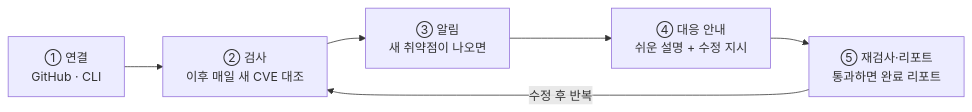
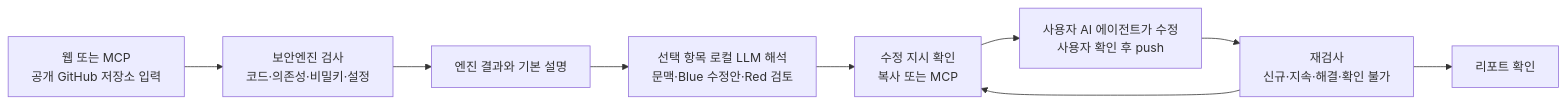
One commit to maebsy/YMCA-hackathon-2026 changed the first of 2 diagrams in docs/system-flow.md. Above: the diagram before and after it, drawn with Mermaid. The commit also changed other lines of this file and 16 other files, not shown here.

````diff
--- a/docs/system-flow.md
+++ b/docs/system-flow.md
@@ -9,8 +7,11 @@
 ```mermaid
 flowchart LR
-    A["① 연결<br/>GitHub · CLI"] --> B["② 검사<br/>이후 매일 새 CVE 대조"]
-    B --> C["③ 알림<br/>새 취약점이 나오면"]
-    C --> D["④ 대응 안내<br/>쉬운 설명 + 수정 지시"]
-    D --> E["⑤ 재검사·리포트<br/>통과하면 완료 리포트"]
-    E -- 수정 후 반복 --> B
+    INPUT["웹 또는 MCP<br/>공개 GitHub 저장소 입력"] --> SCAN["보안엔진 검사<br/>코드·의존성·비밀키·설정"]
+    SCAN --> RESULT["엔진 결과와 기본 설명"]
+    RESULT --> LLM["선택 항목 로컬 LLM 해석<br/>문맥·Blue 수정안·Red 검토"]
+    LLM --> HANDOFF["수정 지시 확인<br/>복사 또는 MCP"]
+    HANDOFF --> FIX["사용자 AI 에이전트가 수정<br/>사용자 확인 후 push"]
+    FIX --> RESCAN["재검사<br/>신규·지속·해결·확인 불가"]
+    RESCAN --> REPORT["리포트 확인"]
+    RESCAN --> HANDOFF
 ```
````
